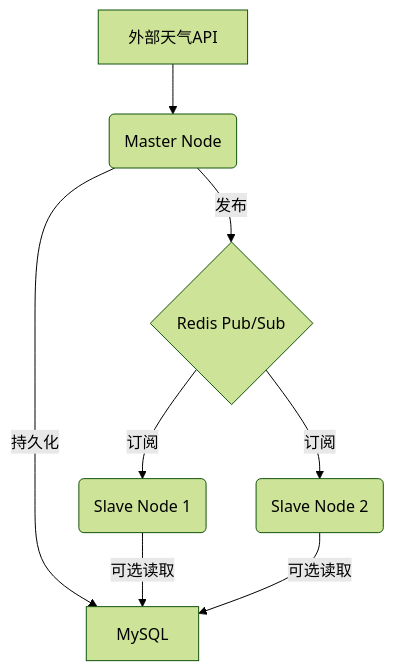
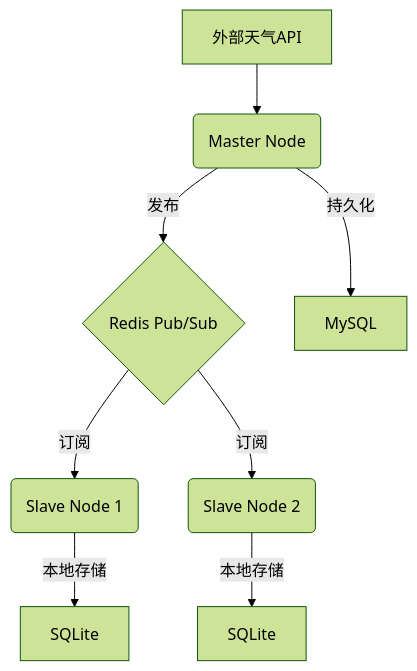
The first of 3 diagrams in README.md (Yalderan-Lardkilf/weather-sync), drawn with Mermaid (forest theme) before and after one commit. The commit also changed other lines of this file and 21 other files, not shown here.

````diff
--- a/README.md
+++ b/README.md
@@ -18,10 +19,10 @@
 ```mermaid
 graph TD
   A[外部天气API] --> B(Master Node)
   B -->|发布| C{Redis Pub/Sub}
   C -->|订阅| D(Slave Node 1)
   C -->|订阅| E(Slave Node 2)
   B -->|持久化| F[MySQL]
-  D -->|可选读取| F
-  E -->|可选读取| F
+  D -->|本地存储| G[SQLite]
+  E -->|本地存储| H[SQLite]
 ```
````
